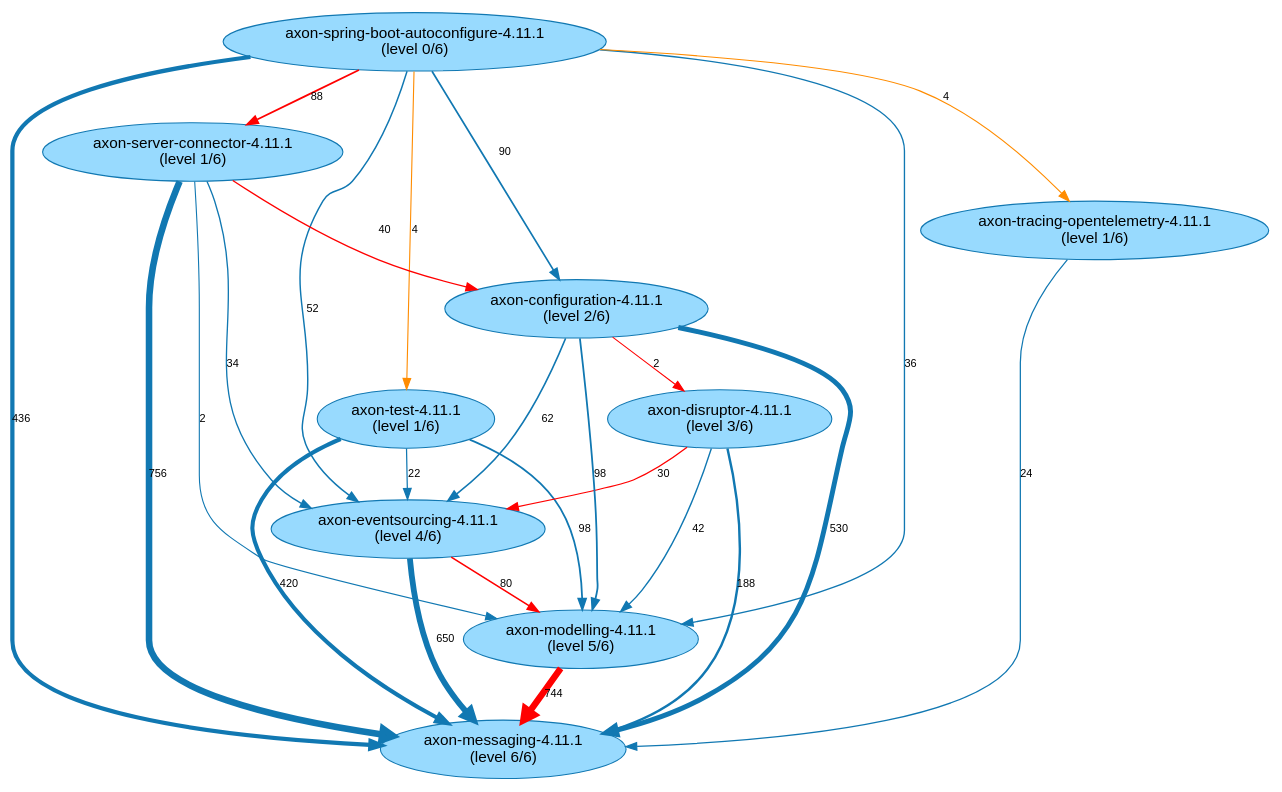
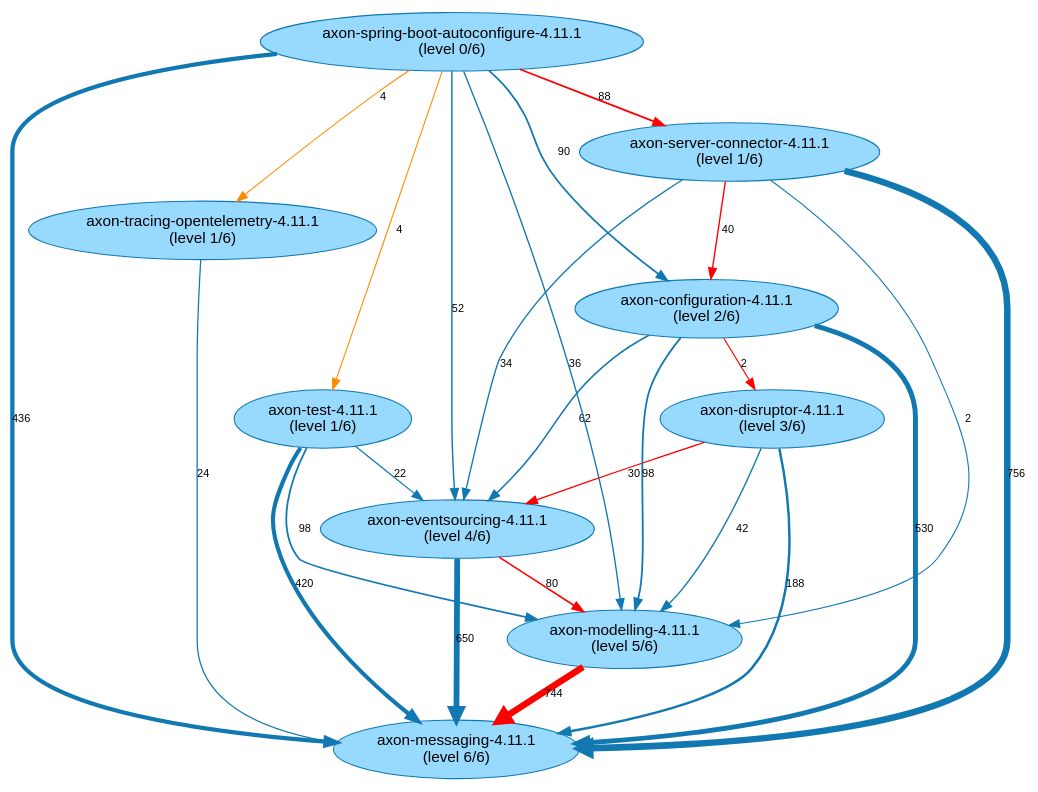
Before and after one commit to JohT/code-graph-analysis-examples: the diagram in analysis-results/AxonFramework/latest/path-finding-visualization/JavaArtifactLongestPaths.gv, drawn with Graphviz. The commit also changed other lines of this file and 317 other files, not shown here.

```diff
--- a/analysis-results/AxonFramework/latest/path-finding-visualization/JavaArtifactLongestPaths.gv
+++ b/analysis-results/AxonFramework/latest/path-finding-visualization/JavaArtifactLongestPaths.gv
@@ -1,37 +1,37 @@
 // This GraphViz dot file was generated by the script convertQueryResultCsvToGraphVizDotFile.sh with default.template
 
 strict digraph JavaArtifactLongestPaths {
     fontname = "Helvetica,Arial,sans-serif";
     node [fontname = "Helvetica,Arial,sans-serif";];
     edge [fontname = "Helvetica,Arial,sans-serif"; fontsize = 10;];
     node [style = filled; fillcolor = "0.560 0.400 0.999";];
     node [color = "0.560 0.900 0.700";];
     edge [color = "0.560 0.900 0.700";];
 	"axon-eventsourcing-4.11.1\n(level 4/6)" -> "axon-messaging-4.11.1\n(level 6/6)" [label=650; penwidth=5.3; ];
 	"axon-eventsourcing-4.11.1\n(level 4/6)" -> "axon-modelling-4.11.1\n(level 5/6)" [label=80; penwidth=1.52; color="red"; ];
 	"axon-test-4.11.1\n(level 1/6)" -> "axon-messaging-4.11.1\n(level 6/6)" [label=420; penwidth=3.77; ];
 	"axon-test-4.11.1\n(level 1/6)" -> "axon-modelling-4.11.1\n(level 5/6)" [label=98; penwidth=1.64; ];
 	"axon-test-4.11.1\n(level 1/6)" -> "axon-eventsourcing-4.11.1\n(level 4/6)" [label=22; penwidth=1.13; ];
 	"axon-disruptor-4.11.1\n(level 3/6)" -> "axon-messaging-4.11.1\n(level 6/6)" [label=188; penwidth=2.23; ];
 	"axon-disruptor-4.11.1\n(level 3/6)" -> "axon-modelling-4.11.1\n(level 5/6)" [label=42; penwidth=1.27; ];
 	"axon-disruptor-4.11.1\n(level 3/6)" -> "axon-eventsourcing-4.11.1\n(level 4/6)" [label=30; penwidth=1.19; color="red"; ];
 	"axon-configuration-4.11.1\n(level 2/6)" -> "axon-messaging-4.11.1\n(level 6/6)" [label=530; penwidth=4.5; ];
 	"axon-configuration-4.11.1\n(level 2/6)" -> "axon-eventsourcing-4.11.1\n(level 4/6)" [label=62; penwidth=1.4; ];
 	"axon-configuration-4.11.1\n(level 2/6)" -> "axon-modelling-4.11.1\n(level 5/6)" [label=98; penwidth=1.64; ];
 	"axon-configuration-4.11.1\n(level 2/6)" -> "axon-disruptor-4.11.1\n(level 3/6)" [label=2; penwidth=1.0; color="red"; ];
 	"axon-modelling-4.11.1\n(level 5/6)" -> "axon-messaging-4.11.1\n(level 6/6)" [label=744; penwidth=5.92; color="red"; ];
-	"axon-spring-boot-autoconfigure-4.11.1\n(level 0/6)" -> "axon-server-connector-4.11.1\n(level 1/6)" [label=88; penwidth=1.57; color="red"; ];
+	"axon-spring-boot-autoconfigure-4.11.1\n(level 0/6)" -> "axon-eventsourcing-4.11.1\n(level 4/6)" [label=52; penwidth=1.33; ];
+	"axon-spring-boot-autoconfigure-4.11.1\n(level 0/6)" -> "axon-messaging-4.11.1\n(level 6/6)" [label=436; penwidth=3.88; ];
 	"axon-spring-boot-autoconfigure-4.11.1\n(level 0/6)" -> "axon-configuration-4.11.1\n(level 2/6)" [label=90; penwidth=1.58; ];
-	"axon-spring-boot-autoconfigure-4.11.1\n(level 0/6)" -> "axon-messaging-4.11.1\n(level 6/6)" [label=436; penwidth=3.88; ];
-	"axon-spring-boot-autoconfigure-4.11.1\n(level 0/6)" -> "axon-test-4.11.1\n(level 1/6)" [label=4; penwidth=1.01; ];
-	"axon-spring-boot-autoconfigure-4.11.1\n(level 0/6)" -> "axon-eventsourcing-4.11.1\n(level 4/6)" [label=52; penwidth=1.33; ];
 	"axon-spring-boot-autoconfigure-4.11.1\n(level 0/6)" -> "axon-modelling-4.11.1\n(level 5/6)" [label=36; penwidth=1.23; ];
 	"axon-spring-boot-autoconfigure-4.11.1\n(level 0/6)" -> "axon-tracing-opentelemetry-4.11.1\n(level 1/6)" [label=4; penwidth=1.01; ];
+	"axon-spring-boot-autoconfigure-4.11.1\n(level 0/6)" -> "axon-server-connector-4.11.1\n(level 1/6)" [label=88; penwidth=1.57; color="red"; ];
+	"axon-spring-boot-autoconfigure-4.11.1\n(level 0/6)" -> "axon-test-4.11.1\n(level 1/6)" [label=4; penwidth=1.01; ];
 	"axon-server-connector-4.11.1\n(level 1/6)" -> "axon-messaging-4.11.1\n(level 6/6)" [label=756; penwidth=6.0; ];
 	"axon-server-connector-4.11.1\n(level 1/6)" -> "axon-configuration-4.11.1\n(level 2/6)" [label=40; penwidth=1.25; color="red"; ];
 	"axon-server-connector-4.11.1\n(level 1/6)" -> "axon-eventsourcing-4.11.1\n(level 4/6)" [label=34; penwidth=1.21; ];
 	"axon-server-connector-4.11.1\n(level 1/6)" -> "axon-modelling-4.11.1\n(level 5/6)" [label=2; penwidth=1.0; ];
 	"axon-tracing-opentelemetry-4.11.1\n(level 1/6)" -> "axon-messaging-4.11.1\n(level 6/6)" [label=24; penwidth=1.15; ];
 	"axon-spring-boot-autoconfigure-4.11.1\n(level 0/6)" -> "axon-test-4.11.1\n(level 1/6)" [label=4; penwidth=1.01; color="darkorange"; ];
 	"axon-spring-boot-autoconfigure-4.11.1\n(level 0/6)" -> "axon-tracing-opentelemetry-4.11.1\n(level 1/6)" [label=4; penwidth=1.01; color="darkorange"; ];
 }
```
